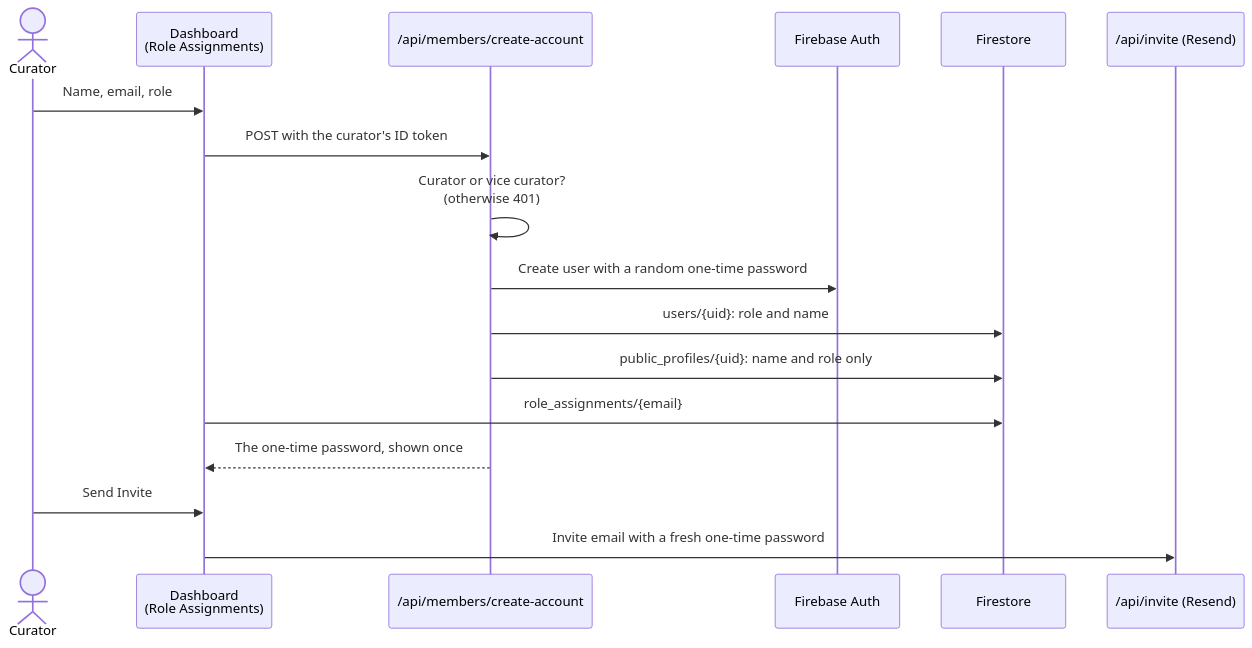
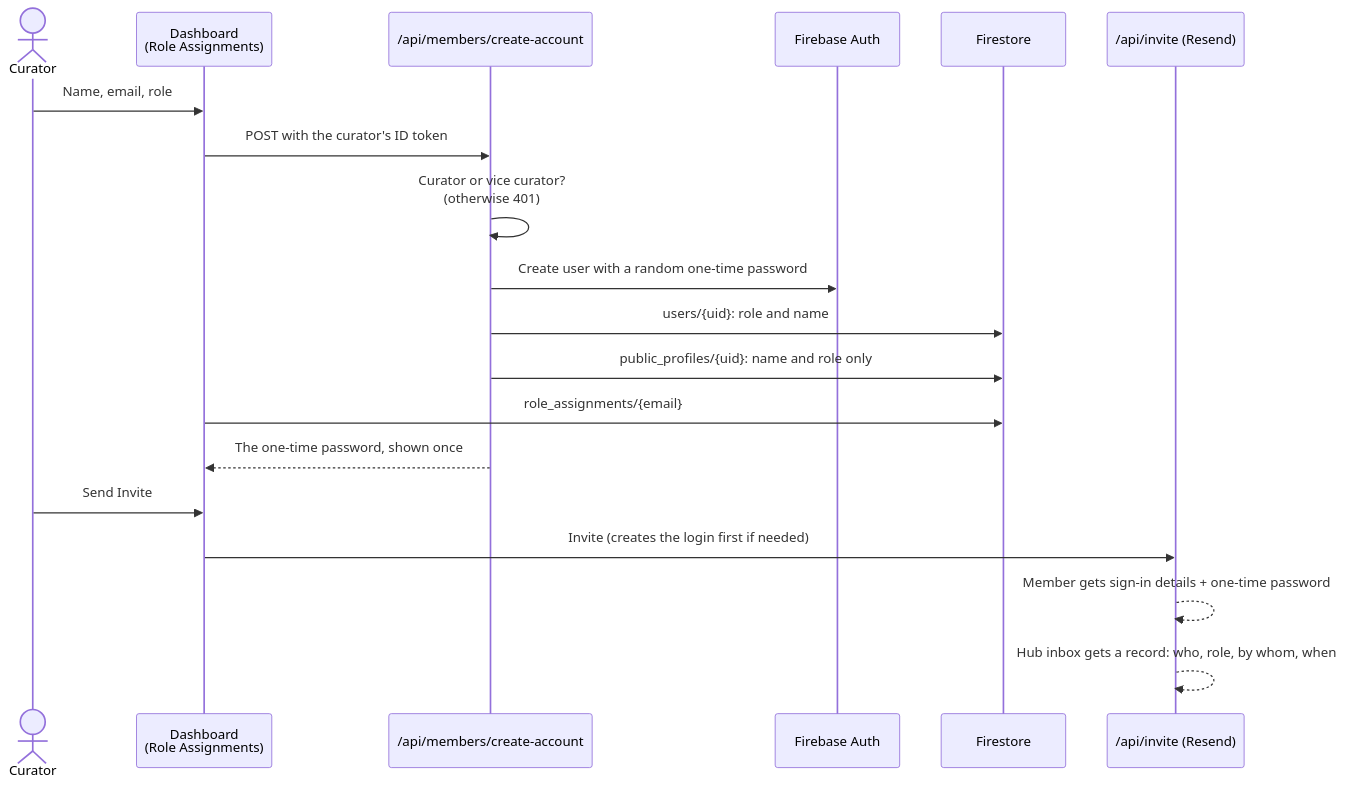
Before and after one commit to The-Dark-Ranger/Jeddah-Hub: the second of 12 diagrams in docs/HOW-IT-WORKS.md, drawn with Mermaid. The commit also changed other lines of this file and 22 other files, not shown here.

````diff
--- a/docs/HOW-IT-WORKS.md
+++ b/docs/HOW-IT-WORKS.md
@@ -56,20 +56,22 @@
 ```mermaid
 sequenceDiagram
     actor C as Curator
     participant D as Dashboard<br/>(Role Assignments)
     participant A as /api/members/create-account
     participant Auth as Firebase Auth
     participant DB as Firestore
     participant M as /api/invite (Resend)
 
     C->>D: Name, email, role
     D->>A: POST with the curator's ID token
     A->>A: Curator or vice curator?<br/>(otherwise 401)
     A->>Auth: Create user with a random one-time password
     A->>DB: users/{uid}: role and name
     A->>DB: public_profiles/{uid}: name and role only
     D->>DB: role_assignments/{email}
     A-->>D: The one-time password, shown once
     C->>D: Send Invite
-    D->>M: Invite email with a fresh one-time password
+    D->>M: Invite (creates the login first if needed)
+    M-->>M: Member gets sign-in details + one-time password
+    M-->>M: Hub inbox gets a record: who, role, by whom, when
 ```
````
